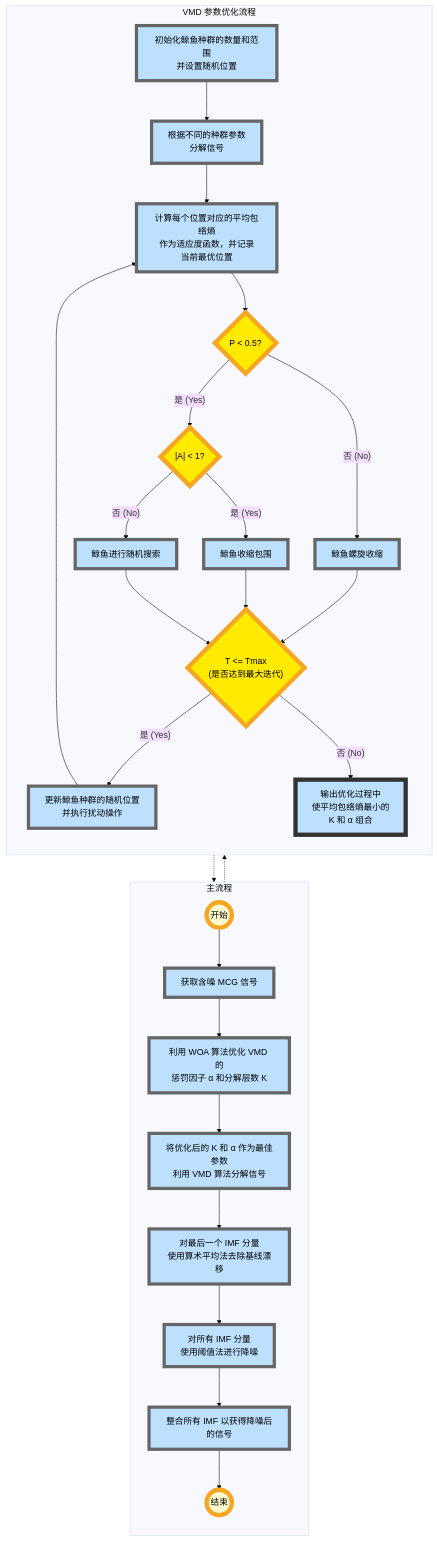
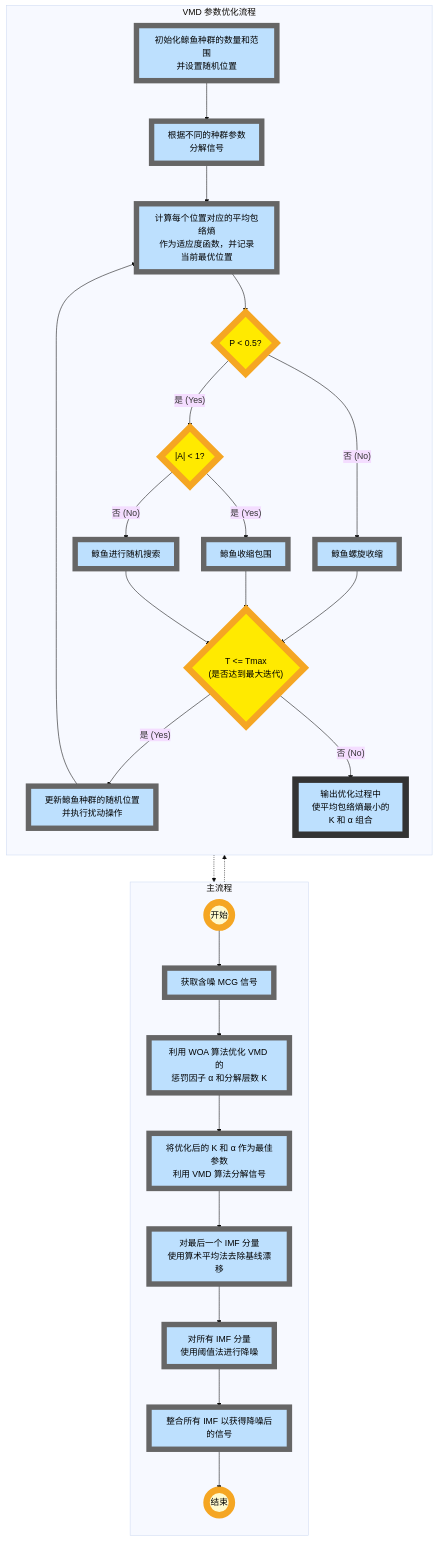
One commit to songxinudt/test changed the diagram in README.md. Above: the diagram before and after it, drawn with Mermaid (base theme).

````diff
--- a/README.md
+++ b/README.md
@@ -1,76 +1,76 @@
 ```mermaid
 graph TD
     %% 定义样式
-    classDef process fill:#bde0fe,stroke:#666,stroke-width:6px,color:black;
-    classDef decision fill:#ffea00,stroke:#f5a623,stroke-width:8px,color:black;
-    classDef startend fill:#fffacd,stroke:#f5a623,stroke-width:8px,color:black;
-    classDef output fill:#bde0fe,stroke:#333,stroke-width:8px,color:black;
+    classDef process fill:#bde0fe,stroke:#666,stroke-width:10px,color:black;
+    classDef decision fill:#ffea00,stroke:#f5a623,stroke-width:12px,color:black;
+    classDef startend fill:#fffacd,stroke:#f5a623,stroke-width:12px,color:black;
+    classDef output fill:#bde0fe,stroke:#333,stroke-width:12px,color:black;
 
     %% --- 右侧主流程 ---
     subgraph MainFlow [主流程]
         direction TB
         Start((开始)):::startend
         Acquire[获取含噪 MCG 信号]:::process
         
         %% 这里对应左侧的优化过程
         Optimize[利用 WOA 算法优化 VMD 的<br/>惩罚因子 α 和分解层数 K]:::process
         
         UseParams[将优化后的 K 和 α 作为最佳参数<br/>利用 VMD 算法分解信号]:::process
         RemoveBaseline[对最后一个 IMF 分量<br/>使用算术平均法去除基线漂移]:::process
         Threshold[对所有 IMF 分量<br/>使用阈值法进行降噪]:::process
         Integrate[整合所有 IMF 以获得降噪后的信号]:::process
         End((结束)):::startend
 
         Start --> Acquire
         Acquire --> Optimize
         Optimize --> UseParams
         UseParams --> RemoveBaseline
         RemoveBaseline --> Threshold
         Threshold --> Integrate
         Integrate --> End
     end
 
     %% --- 左侧 VMD 参数优化流程 ---
     subgraph Optimization [VMD 参数优化流程]
         direction TB
         Opt_Init[初始化鲸鱼种群的数量和范围<br/>并设置随机位置]:::process
         Opt_Decomp[根据不同的种群参数<br/>分解信号]:::process
         Opt_Fitness[计算每个位置对应的平均包络熵<br/>作为适应度函数，并记录<br/>当前最优位置]:::process
         
         %% 修复点：必须加双引号
         Dec_P{"P < 0.5?"}:::decision
         Dec_A{"|A| < 1?"}:::decision
         
         Action_Spiral[鲸鱼螺旋收缩]:::process
         Action_Shrink[鲸鱼收缩包围]:::process
         Action_Random[鲸鱼进行随机搜索]:::process
         
         Dec_T{"T <= Tmax<br/>(是否达到最大迭代)"}:::decision
         
         Action_Update[更新鲸鱼种群的随机位置<br/>并执行扰动操作]:::process
         Opt_Output[输出优化过程中<br/>使平均包络熵最小的<br/>K 和 α 组合]:::output
 
         Opt_Init --> Opt_Decomp
         Opt_Decomp --> Opt_Fitness
         Opt_Fitness --> Dec_P
         
         Dec_P -- 否 (No) --> Action_Spiral
         Dec_P -- 是 (Yes) --> Dec_A
         
         Dec_A -- 是 (Yes) --> Action_Shrink
         Dec_A -- 否 (No) --> Action_Random
         
         Action_Spiral --> Dec_T
         Action_Shrink --> Dec_T
         Action_Random --> Dec_T
         
         Dec_T -- 是 (Yes) --> Action_Update
         Action_Update --> Opt_Fitness
         
         Dec_T -- 否 (No) --> Opt_Output
     end
 
     %% 连接两个子图的逻辑关系
     Optimize -.-> Opt_Init
     Opt_Output -.-> Optimize
 ```
````
